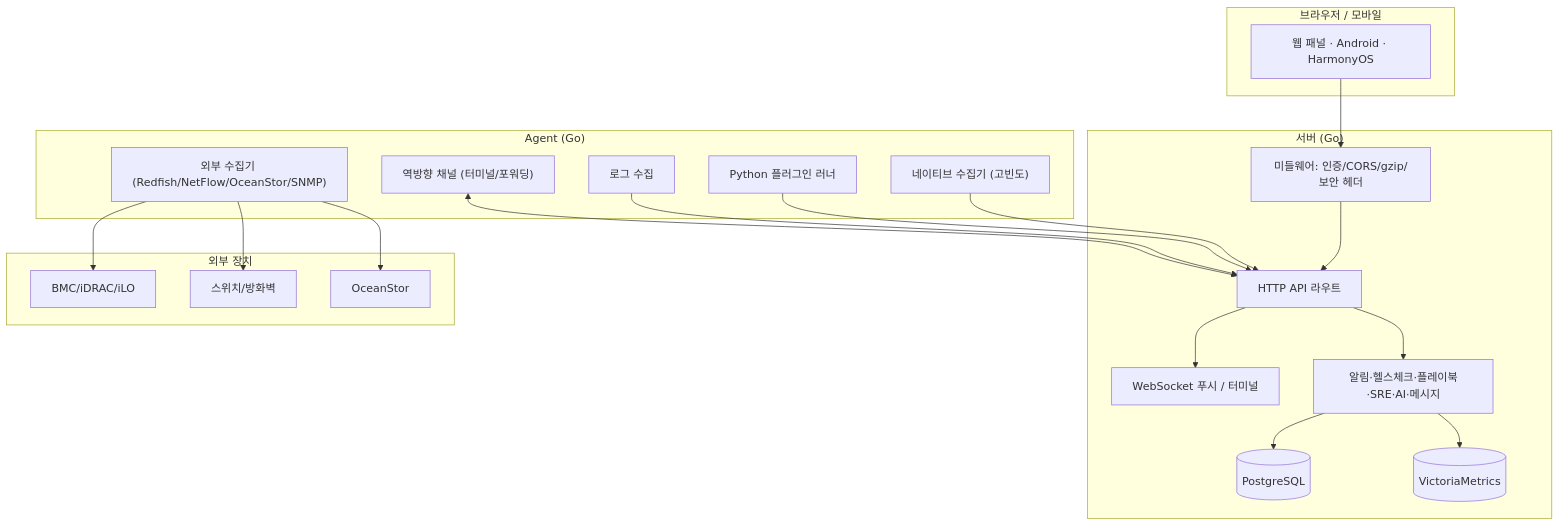
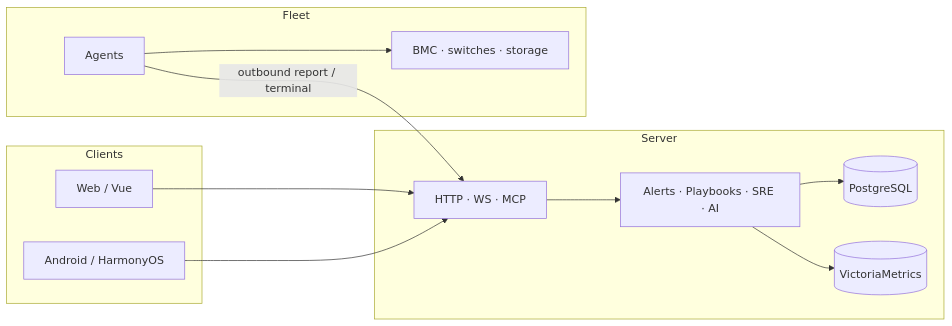
The diagram in README.ko.md (sreyun/aiops-monitor), drawn with Mermaid before and after one commit. The commit also changed other lines of this file and 25 other files, not shown here.

````diff
--- a/README.ko.md
+++ b/README.ko.md
@@ -250,34 +88,24 @@
 ```mermaid
-graph TB
-  subgraph Browser["브라우저 / 모바일"]
-    UI["웹 패널 · Android · HarmonyOS"]
+flowchart LR
+  subgraph Clients
+    Web[Web / Vue]
+    Mob[Android / HarmonyOS]
   end
-  subgraph Server["서버 (Go)"]
-    MW["미들웨어: 인증/CORS/gzip/보안 헤더"]
-    API["HTTP API 라우트"]
-    WS["WebSocket 푸시 / 터미널"]
-    SRE["알림·헬스체크·플레이북·SRE·AI·메시지"]
+  subgraph Server
+    API[HTTP · WS · MCP]
+    Core[Alerts · Playbooks · SRE · AI]
     PG[(PostgreSQL)]
     VM[(VictoriaMetrics)]
   end
-  subgraph Agent["Agent (Go)"]
-    COL["네이티브 수집기 (고빈도)"]
-    EXT["외부 수집기 (Redfish/NetFlow/OceanStor/SNMP)"]
-    PLG["Python 플러그인 러너"]
-    LOG["로그 수집"]
-    CH["역방향 채널 (터미널/포워딩)"]
+  subgraph Fleet
+    Ag[Agents]
+    Ext[BMC · switches · storage]
   end
-  subgraph Ext["외부 장치"]
-    BMC["BMC/iDRAC/iLO"]
-    SW["스위치/방화벽"]
-    STOR["OceanStor"]
-  end
-  UI --> MW --> API
-  API --> SRE --> PG & VM
-  API --> WS
-  COL --> API
-  EXT --> BMC & SW & STOR
-  PLG --> API
-  LOG --> API
-  CH <--> API
+  Web --> API
+  Mob --> API
+  API --> Core
+  Core --> PG
+  Core --> VM
+  Ag -->|outbound report / terminal| API
+  Ag --> Ext
 ```
````
